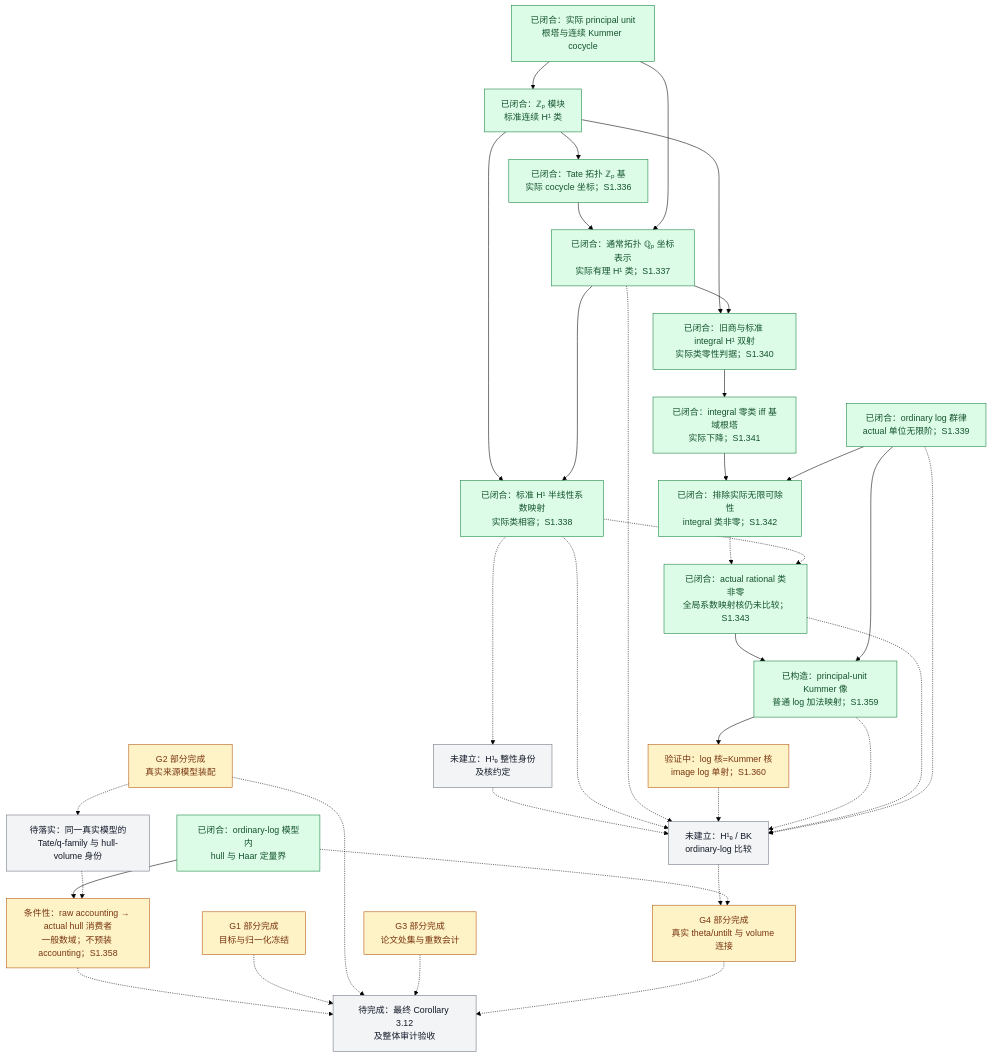
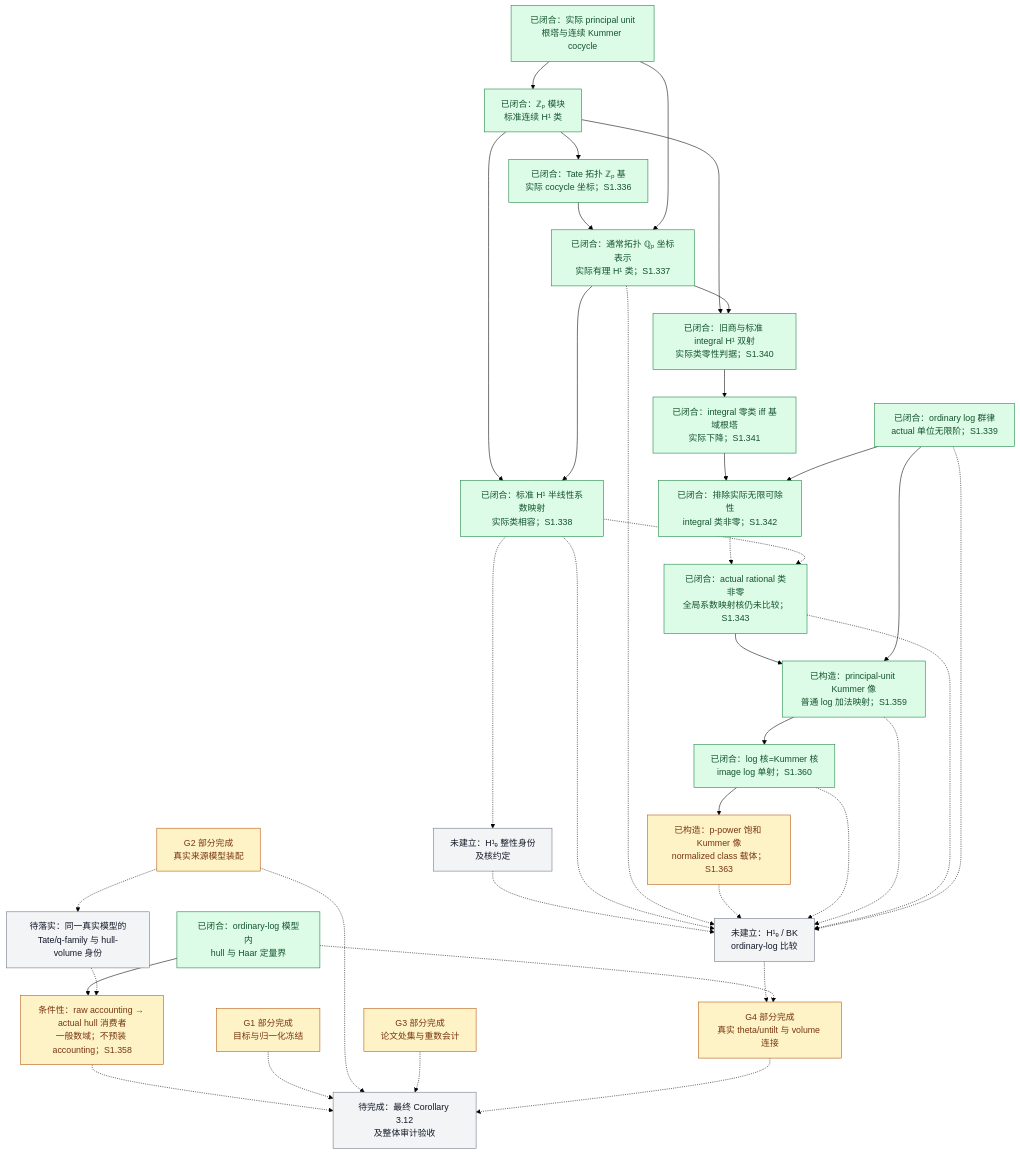
The diagram in docs/Scene1进度总览.md (Ember-Institute/KirtiJoshi-abc), drawn with Mermaid (forest theme) before and after one commit. The commit also changed other lines of this file and 4 other files, not shown here.

````diff
--- a/docs/Scene1进度总览.md
+++ b/docs/Scene1进度总览.md
@@ -75,70 +75,74 @@
 ```mermaid
 flowchart TD
     K["已闭合：实际 principal unit<br/>根塔与连续 Kummer cocycle"]
     Z["已闭合：ℤₚ 模块<br/>标准连续 H¹ 类"]
     T["已闭合：Tate 拓扑 ℤₚ 基<br/>实际 cocycle 坐标；S1.336"]
     Q["已闭合：通常拓扑 ℚₚ 坐标表示<br/>实际有理 H¹ 类；S1.337"]
     I["已闭合：标准 H¹ 半线性系数映射<br/>实际类相容；S1.338"]
     J["未建立：H¹ₑ 整性身份<br/>及核约定"]
     C0["已闭合：旧商与标准 integral H¹ 双射<br/>实际类零性判据；S1.340"]
     R0["已闭合：integral 零类 iff 基域根塔<br/>实际下降；S1.341"]
     N0["已闭合：排除实际无限可除性<br/>integral 类非零；S1.342"]
     NQ["已闭合：actual rational 类非零<br/>全局系数映射核仍未比较；S1.343"]
     KL["已构造：principal-unit Kummer 像<br/>普通 log 加法映射；S1.359"]
-    KK["验证中：log 核=Kummer 核<br/>image log 单射；S1.360"]
+    KK["已闭合：log 核=Kummer 核<br/>image log 单射；S1.360"]
+    KS["已构造：p-power 饱和 Kummer 像<br/>normalized class 载体；S1.363"]
     B["未建立：H¹ₑ / BK<br/>ordinary-log 比较"]
     H["已闭合：ordinary-log 模型内<br/>hull 与 Haar 定量界"]
     L["已闭合：ordinary log 群律<br/>actual 单位无限阶；S1.339"]
     V["G4 部分完成<br/>真实 theta/untilt 与 volume 连接"]
     G1["G1 部分完成<br/>目标与归一化冻结"]
     G2["G2 部分完成<br/>真实来源模型装配"]
     G3["G3 部分完成<br/>论文处集与重数会计"]
     RH["条件性：raw accounting → actual hull 消费者<br/>一般数域；不预装 accounting；S1.358"]
     VH["待落实：同一真实模型的<br/>Tate/q-family 与 hull-volume 身份"]
     C["待完成：最终 Corollary 3.12<br/>及整体审计验收"]
 
     K --> Z
     Z --> T
     T --> Q
     K --> Q
     Z --> I
     Q --> I
     I -.-> J
     J -.-> B
     I -.-> B
     Q -.-> B
     Z --> C0
     Q --> C0
     C0 --> R0
     R0 --> N0
     L --> N0
     N0 -.-> NQ
     I -.-> NQ
     NQ --> KL
     L --> KL
     KL --> KK
+    KK --> KS
+    KS -.-> B
     KK -.-> B
     KL -.-> B
     NQ -.-> B
     L -.-> B
     B -.-> V
     H -.-> V
     H --> RH
     G2 -.-> VH
     VH -.-> RH
     RH -.-> C
     G1 -.-> C
     G2 -.-> C
     G3 -.-> C
     V -.-> C
 
     classDef done fill:#dcfce7,stroke:#15803d,color:#14532d;
     classDef partial fill:#fef3c7,stroke:#b45309,color:#78350f;
     classDef open fill:#f3f4f6,stroke:#6b7280,color:#111827;
     class K,Z,T,Q,H,I,L,C0,R0,N0 done;
     class G1,G2,G3,V partial;
     class J,B,C,VH open;
-    class RH,KK partial;
+    class RH,KS partial;
+    class KK done;
     class KL done;
     class NQ done;
 ```
````
